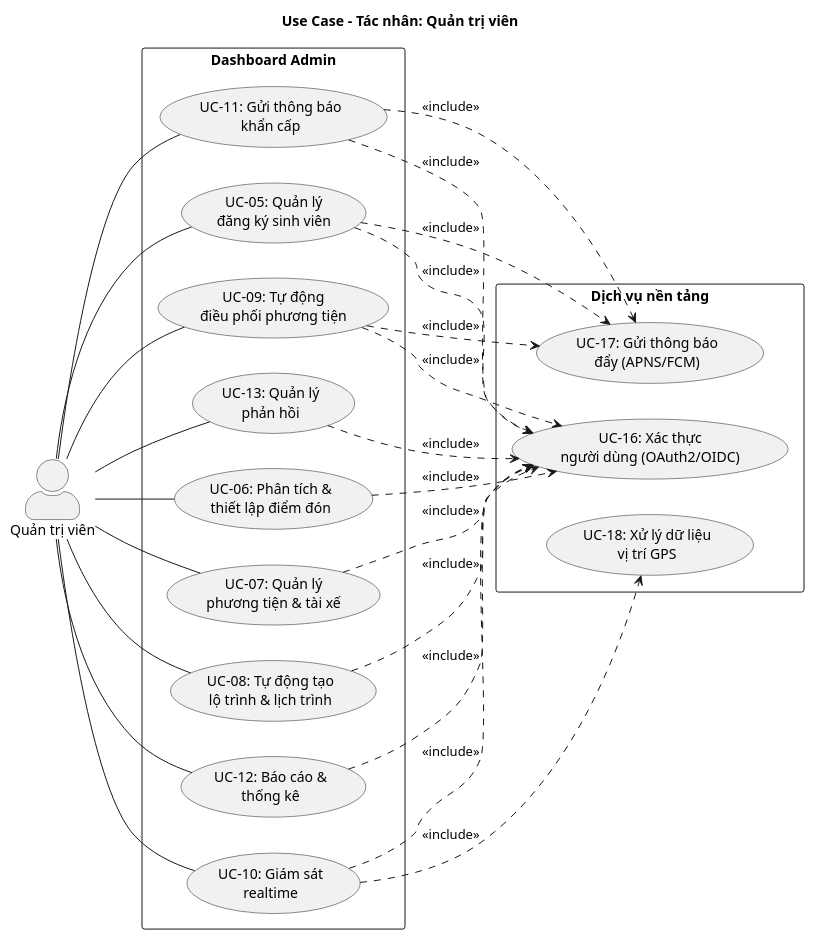
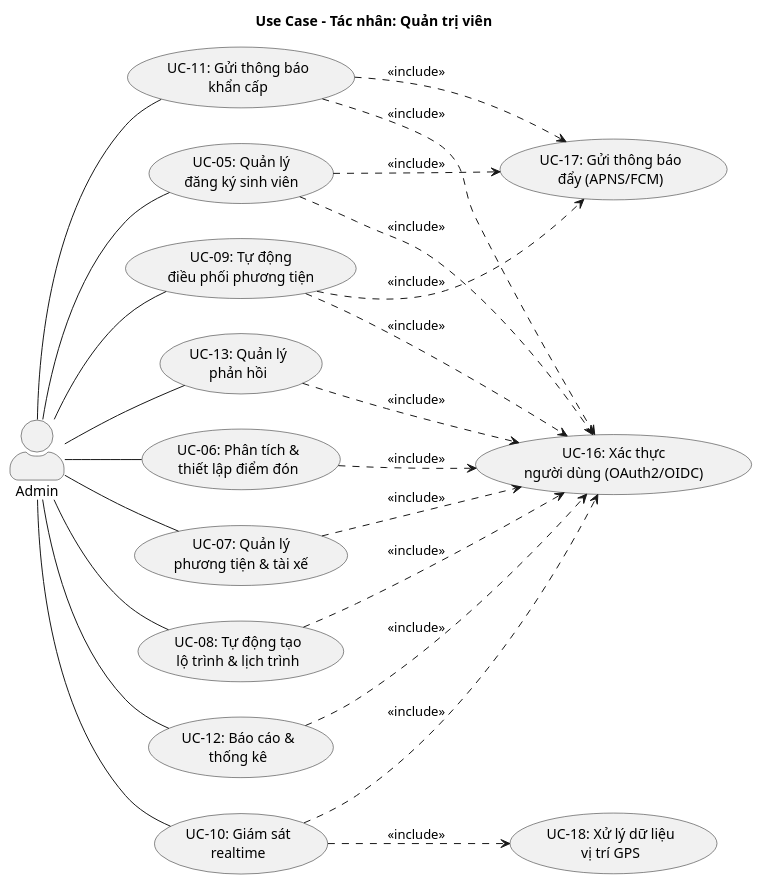
One commit to phuongbv00/hust-bus-stop changed the diagram in docs/uml/usecase/usecase_admin.puml. Above: the diagram before and after it, drawn with PlantUML. The commit also changed 26 other files, not shown here.

Commit message:
docs: update diagrams

```diff
--- a/docs/uml/usecase/usecase_admin.puml
+++ b/docs/uml/usecase/usecase_admin.puml
@@ -1,51 +1,47 @@
 @startuml
 title Use Case - Tác nhân: Quản trị viên
 left to right direction
 skinparam packageStyle rectangle
 skinparam actorStyle awesome
 
-actor "Quản trị viên" as Admin
+actor "Admin" as Admin
 
-rectangle "Dashboard Admin" {
   usecase "UC-05: Quản lý\nđăng ký sinh viên" as UC05
   usecase "UC-06: Phân tích &\nthiết lập điểm đón" as UC06
   usecase "UC-07: Quản lý\nphương tiện & tài xế" as UC07
   usecase "UC-08: Tự động tạo\nlộ trình & lịch trình" as UC08
   usecase "UC-09: Tự động\nđiều phối phương tiện" as UC09
   usecase "UC-10: Giám sát\nrealtime" as UC10
   usecase "UC-11: Gửi thông báo\nkhẩn cấp" as UC11
   usecase "UC-12: Báo cáo &\nthống kê" as UC12
   usecase "UC-13: Quản lý\nphản hồi" as UC13
-}
 
-rectangle "Dịch vụ nền tảng" {
   usecase "UC-16: Xác thực\nngười dùng (OAuth2/OIDC)" as UC16
   usecase "UC-17: Gửi thông báo\nđẩy (APNS/FCM)" as UC17
   usecase "UC-18: Xử lý dữ liệu\nvị trí GPS" as UC18
-}
 
 Admin -- UC05
 Admin -- UC06
 Admin -- UC07
 Admin -- UC08
 Admin -- UC09
 Admin -- UC10
 Admin -- UC11
 Admin -- UC12
 Admin -- UC13
 
 ' Include relationships
 UC05 ..> UC16 : <<include>>
 UC05 ..> UC17 : <<include>>
 UC06 ..> UC16 : <<include>>
 UC07 ..> UC16 : <<include>>
 UC08 ..> UC16 : <<include>>
 UC09 ..> UC16 : <<include>>
 UC09 ..> UC17 : <<include>>
 UC10 ..> UC16 : <<include>>
 UC10 ..> UC18 : <<include>>
 UC11 ..> UC16 : <<include>>
 UC11 ..> UC17 : <<include>>
 UC12 ..> UC16 : <<include>>
 UC13 ..> UC16 : <<include>>
 @enduml
```
